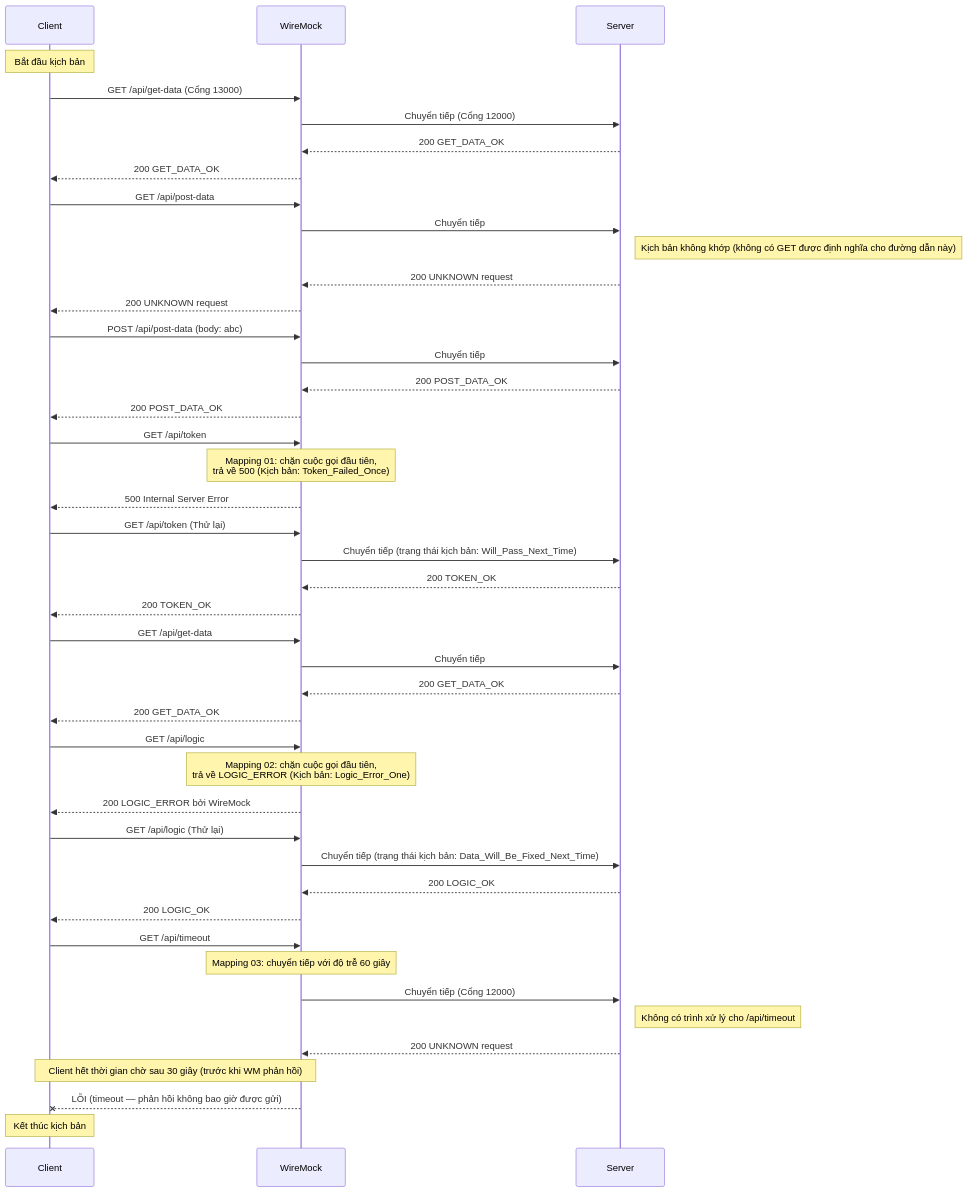
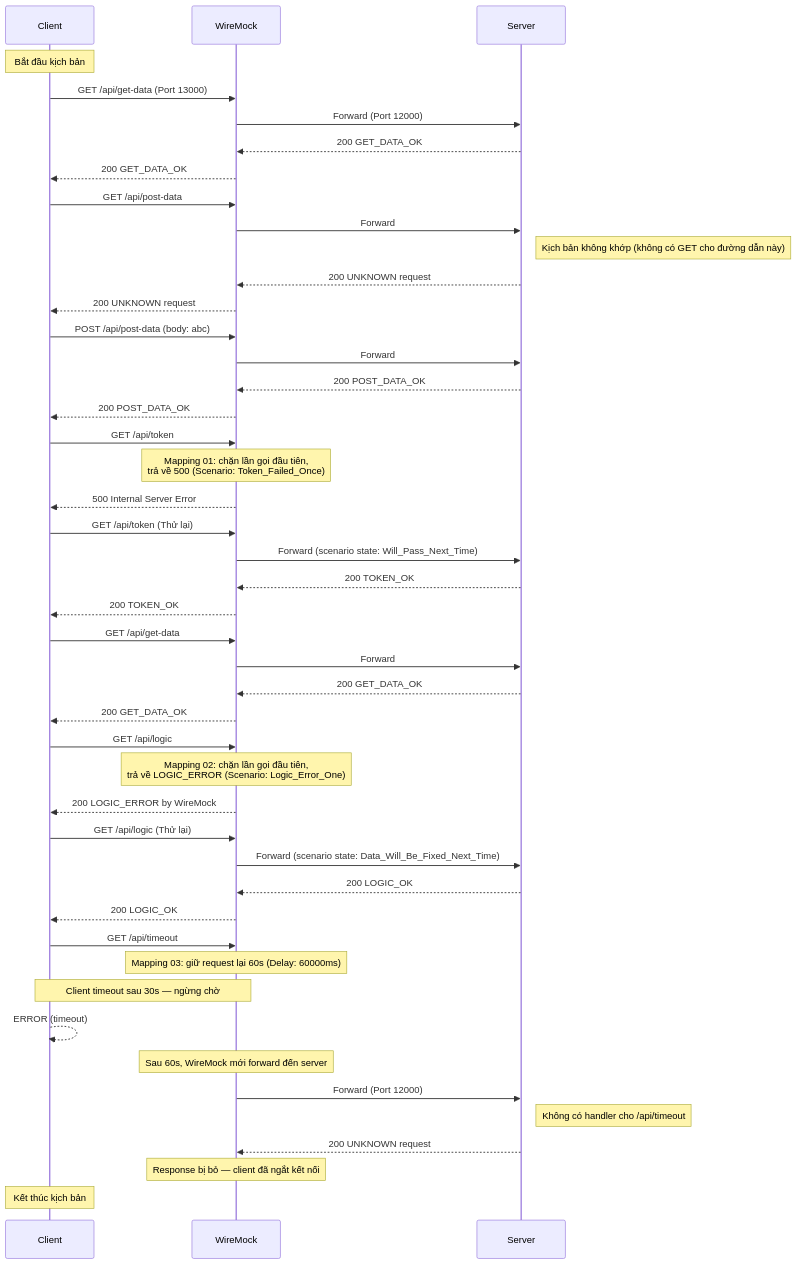
The second of 2 diagrams in tests/03_WireMockWithControl/README.vi.md (umbalaconmeogia/usage-toxi-proxy), drawn with Mermaid before and after one commit. The commit also changed other lines of this file and 29 other files, not shown here.

````diff
--- a/tests/03_WireMockWithControl/README.vi.md
+++ b/tests/03_WireMockWithControl/README.vi.md
@@ -47,57 +47,59 @@
 ```mermaid
 sequenceDiagram
     participant Client
     participant WM as WireMock
     participant Server
 
     Note over Client: Bắt đầu kịch bản
 
-    Client->>WM: GET /api/get-data (Cổng 13000)
-    WM->>Server: Chuyển tiếp (Cổng 12000)
+    Client->>WM: GET /api/get-data (Port 13000)
+    WM->>Server: Forward (Port 12000)
     Server-->>WM: 200 GET_DATA_OK
     WM-->>Client: 200 GET_DATA_OK
 
     Client->>WM: GET /api/post-data
-    WM->>Server: Chuyển tiếp
-    Note right of Server: Kịch bản không khớp (không có GET được định nghĩa cho đường dẫn này)
+    WM->>Server: Forward
+    Note right of Server: Kịch bản không khớp (không có GET cho đường dẫn này)
     Server-->>WM: 200 UNKNOWN request
     WM-->>Client: 200 UNKNOWN request
 
     Client->>WM: POST /api/post-data (body: abc)
-    WM->>Server: Chuyển tiếp
+    WM->>Server: Forward
     Server-->>WM: 200 POST_DATA_OK
     WM-->>Client: 200 POST_DATA_OK
 
     Client->>WM: GET /api/token
-    Note over WM: Mapping 01: chặn cuộc gọi đầu tiên,<br/>trả về 500 (Kịch bản: Token_Failed_Once)
+    Note over WM: Mapping 01: chặn lần gọi đầu tiên,<br/>trả về 500 (Scenario: Token_Failed_Once)
     WM-->>Client: 500 Internal Server Error
 
     Client->>WM: GET /api/token (Thử lại)
-    WM->>Server: Chuyển tiếp (trạng thái kịch bản: Will_Pass_Next_Time)
+    WM->>Server: Forward (scenario state: Will_Pass_Next_Time)
     Server-->>WM: 200 TOKEN_OK
     WM-->>Client: 200 TOKEN_OK
 
     Client->>WM: GET /api/get-data
-    WM->>Server: Chuyển tiếp
+    WM->>Server: Forward
     Server-->>WM: 200 GET_DATA_OK
     WM-->>Client: 200 GET_DATA_OK
 
     Client->>WM: GET /api/logic
-    Note over WM: Mapping 02: chặn cuộc gọi đầu tiên,<br/>trả về LOGIC_ERROR (Kịch bản: Logic_Error_One)
-    WM-->>Client: 200 LOGIC_ERROR bởi WireMock
+    Note over WM: Mapping 02: chặn lần gọi đầu tiên,<br/>trả về LOGIC_ERROR (Scenario: Logic_Error_One)
+    WM-->>Client: 200 LOGIC_ERROR by WireMock
 
     Client->>WM: GET /api/logic (Thử lại)
-    WM->>Server: Chuyển tiếp (trạng thái kịch bản: Data_Will_Be_Fixed_Next_Time)
+    WM->>Server: Forward (scenario state: Data_Will_Be_Fixed_Next_Time)
     Server-->>WM: 200 LOGIC_OK
     WM-->>Client: 200 LOGIC_OK
 
     Client->>WM: GET /api/timeout
-    Note over WM: Mapping 03: chuyển tiếp với độ trễ 60 giây
-    WM->>Server: Chuyển tiếp (Cổng 12000)
-    Note right of Server: Không có trình xử lý cho /api/timeout
+    Note over WM: Mapping 03: giữ request lại 60s (Delay: 60000ms)
+    Note over Client,WM: Client timeout sau 30s — ngừng chờ
+    Client-->>Client: ERROR (timeout)
+    Note over WM: Sau 60s, WireMock mới forward đến server
+    WM->>Server: Forward (Port 12000)
+    Note right of Server: Không có handler cho /api/timeout
     Server-->>WM: 200 UNKNOWN request
-    Note over Client,WM: Client hết thời gian chờ sau 30 giây (trước khi WM phản hồi)
-    WM--xClient: LỖI (timeout — phản hồi không bao giờ được gửi)
+    Note over WM: Response bị bỏ — client đã ngắt kết nối
 
     Note over Client: Kết thúc kịch bản
 ```
````
